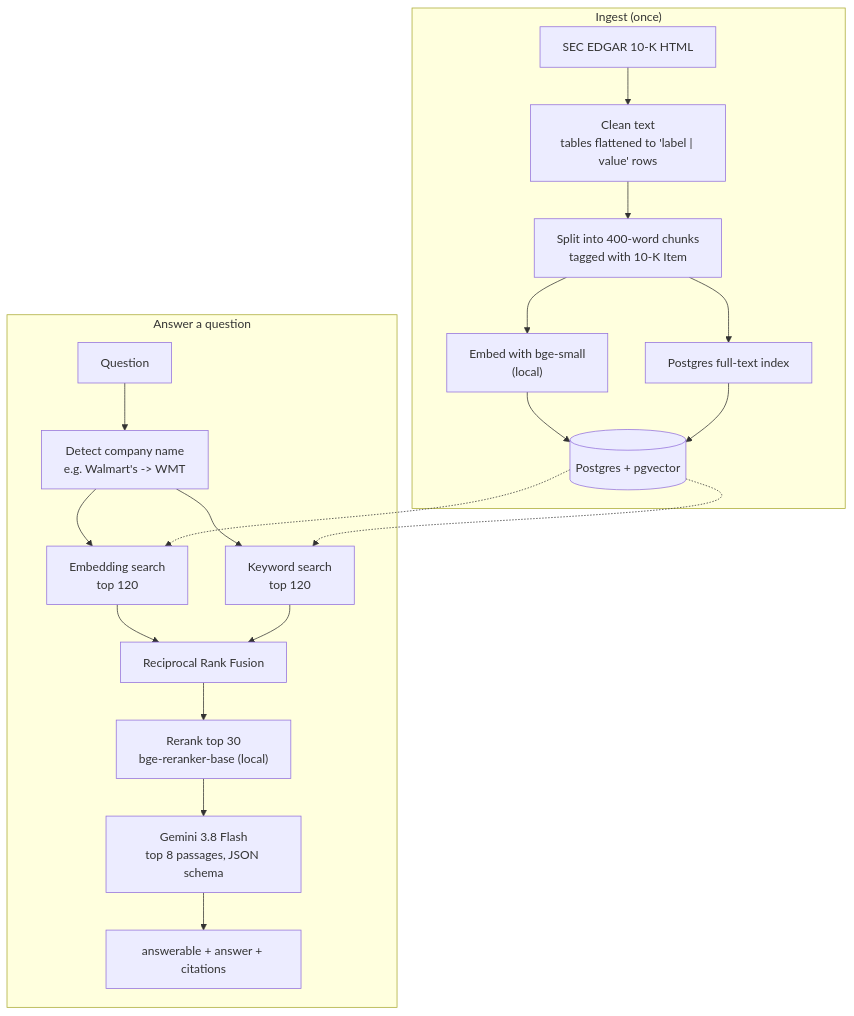
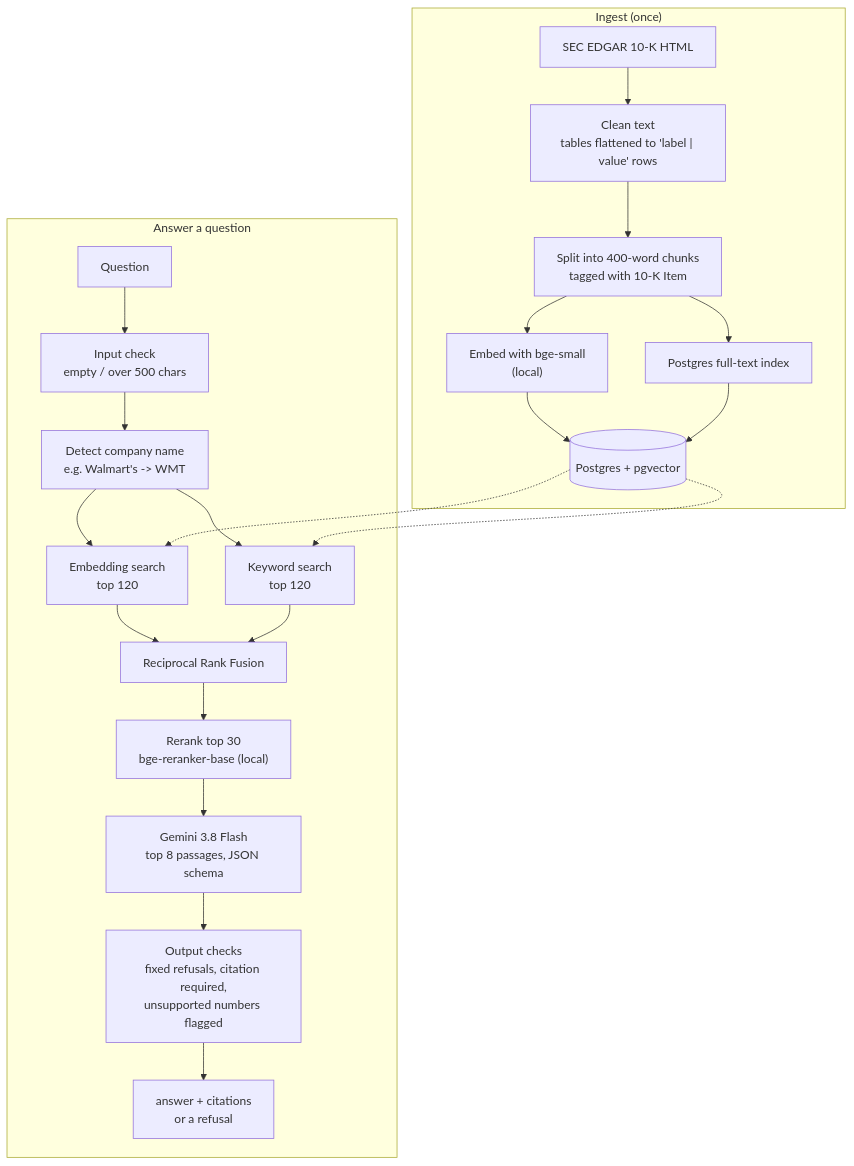
The diagram in README.md (shashank11yadav/ask-the-filings), drawn with Mermaid before and after one commit. The commit also changed other lines of this file and 14 other files, not shown here.

````diff
--- a/README.md
+++ b/README.md
@@ -46,24 +79,26 @@
 ```mermaid
 flowchart TD
     subgraph Ingest["Ingest (once)"]
         A[SEC EDGAR 10-K HTML] --> B["Clean text<br/>tables flattened to 'label | value' rows"]
         B --> C["Split into 400-word chunks<br/>tagged with 10-K Item"]
         C --> D["Embed with bge-small<br/>(local)"]
         C --> E[Postgres full-text index]
         D --> F[(Postgres + pgvector)]
         E --> F
     end
 
     subgraph Ask["Answer a question"]
-        Q[Question] --> P["Detect company name<br/>e.g. Walmart's -> WMT"]
+        Q[Question] --> V["Input check<br/>empty / over 500 chars"]
+        V --> P["Detect company name<br/>e.g. Walmart's -> WMT"]
         P --> S1[Embedding search<br/>top 120]
         P --> S2[Keyword search<br/>top 120]
         F -.-> S1
         F -.-> S2
         S1 --> R[Reciprocal Rank Fusion]
         S2 --> R
         R --> RR["Rerank top 30<br/>bge-reranker-base (local)"]
         RR --> G["Gemini 3.8 Flash<br/>top 8 passages, JSON schema"]
-        G --> O["answerable + answer + citations"]
+        G --> OC["Output checks<br/>fixed refusals, citation required,<br/>unsupported numbers flagged"]
+        OC --> O["answer + citations<br/>or a refusal"]
     end
 ```
````
